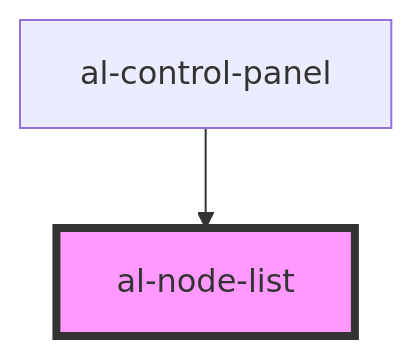
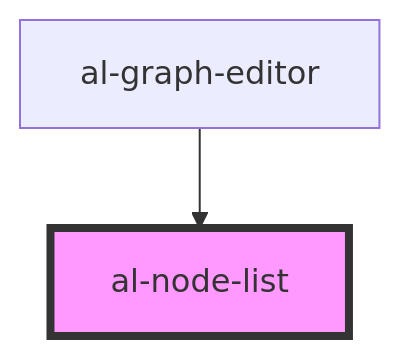
One commit to aleph-viewer/aleph changed the diagram in src/components/al-node-list/readme.md. Above: the diagram before and after it, drawn with Mermaid. The commit also changed other lines of this file and 11 other files, not shown here.

Commit message:
added al-graph-editor

````diff
--- a/src/components/al-node-list/readme.md
+++ b/src/components/al-node-list/readme.md
@@ -30,5 +30,5 @@
 ```mermaid
 graph TD;
-  al-control-panel --> al-node-list
+  al-graph-editor --> al-node-list
   style al-node-list fill:#f9f,stroke:#333,stroke-width:4px
 ```
````
